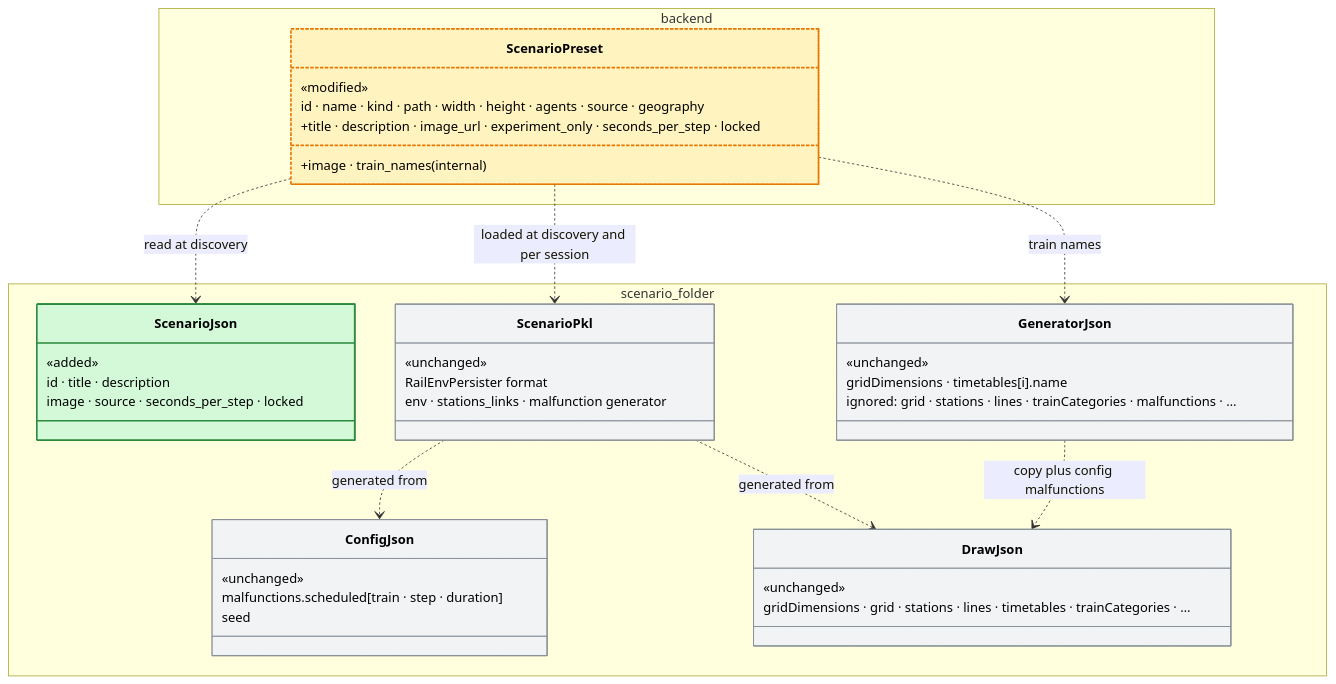
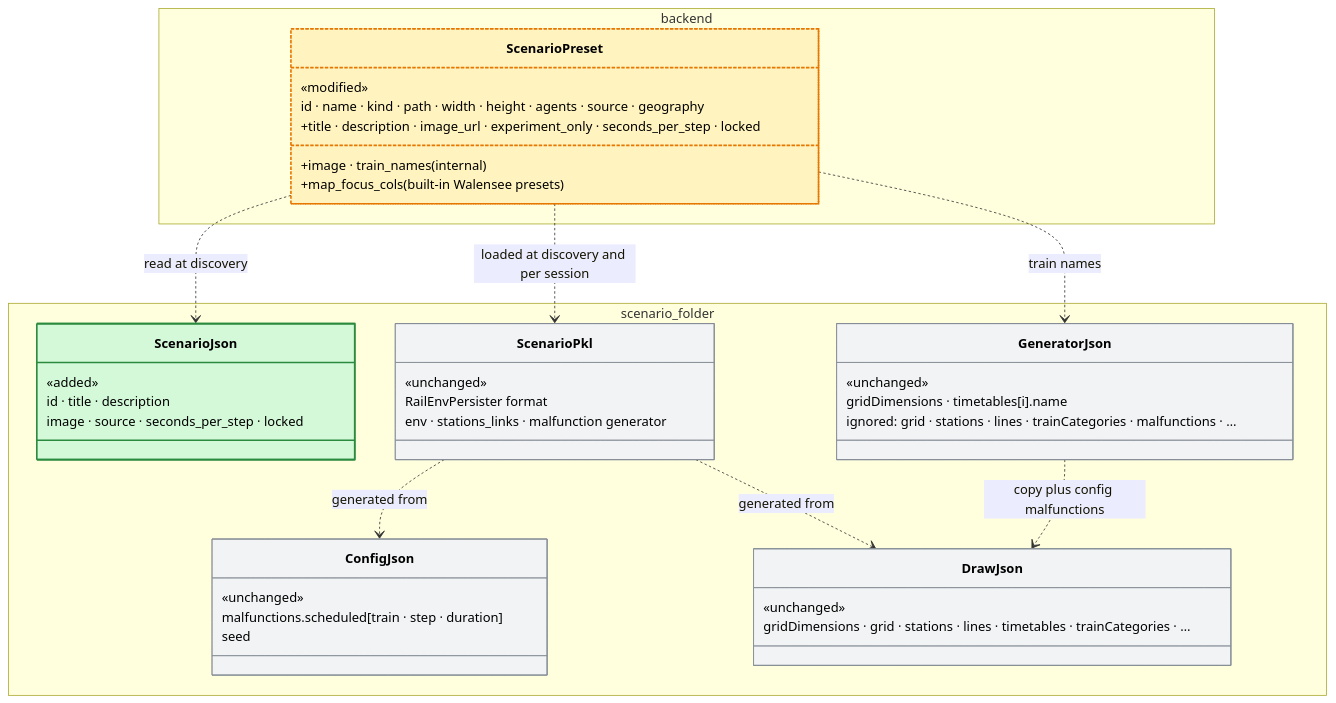
The second of 2 diagrams in docs/plans/experiment-scenario-import.md (flatland-association/flatland-ui-hub), drawn with Mermaid before and after one commit. The commit also changed other lines of this file, not shown here.

Commit message:
docs(plans): experiment scenarios: the map range as a scenario property.

````diff
--- a/docs/plans/experiment-scenario-import.md
+++ b/docs/plans/experiment-scenario-import.md
@@ -235,49 +235,50 @@
 ```mermaid
 classDiagram
     namespace scenario_folder {
         class ScenarioJson {
             «added»
             id · title · description
             image · source · seconds_per_step · locked
         }
         class ScenarioPkl {
             «unchanged»
             RailEnvPersister format
             env · stations_links · malfunction generator
         }
         class GeneratorJson {
             «unchanged»
             gridDimensions · timetables[i].name
             ignored: grid · stations · lines · trainCategories · malfunctions · …
         }
         class ConfigJson {
             «unchanged»
             malfunctions.scheduled[train · step · duration]
             seed
         }
         class DrawJson {
             «unchanged»
             gridDimensions · grid · stations · lines · timetables · trainCategories · …
         }
     }
     namespace backend {
         class ScenarioPreset {
             «modified»
             id · name · kind · path · width · height · agents · source · geography
             +title · description · image_url · experiment_only · seconds_per_step · locked
             +image · train_names (internal)
+            +map_focus_cols (built-in Walensee presets)
         }
     }
     ScenarioPreset ..> ScenarioJson : read at discovery
     ScenarioPreset ..> ScenarioPkl : loaded at discovery and per session
     ScenarioPreset ..> GeneratorJson : train names
     ScenarioPkl ..> DrawJson : generated from
     ScenarioPkl ..> ConfigJson : generated from
     GeneratorJson ..> DrawJson : copy plus config malfunctions
     style ScenarioJson fill:#d3f9d8,stroke:#2b8a3e,stroke-width:2px,color:#000
     style ScenarioPreset fill:#fff3bf,stroke:#e67700,stroke-width:2px,stroke-dasharray:4 2,color:#000
     style ScenarioPkl fill:#f1f3f5,stroke:#868e96,color:#000
     style GeneratorJson fill:#f1f3f5,stroke:#868e96,color:#000
     style ConfigJson fill:#f1f3f5,stroke:#868e96,color:#000
     style DrawJson fill:#f1f3f5,stroke:#868e96,color:#000
 ```
````
